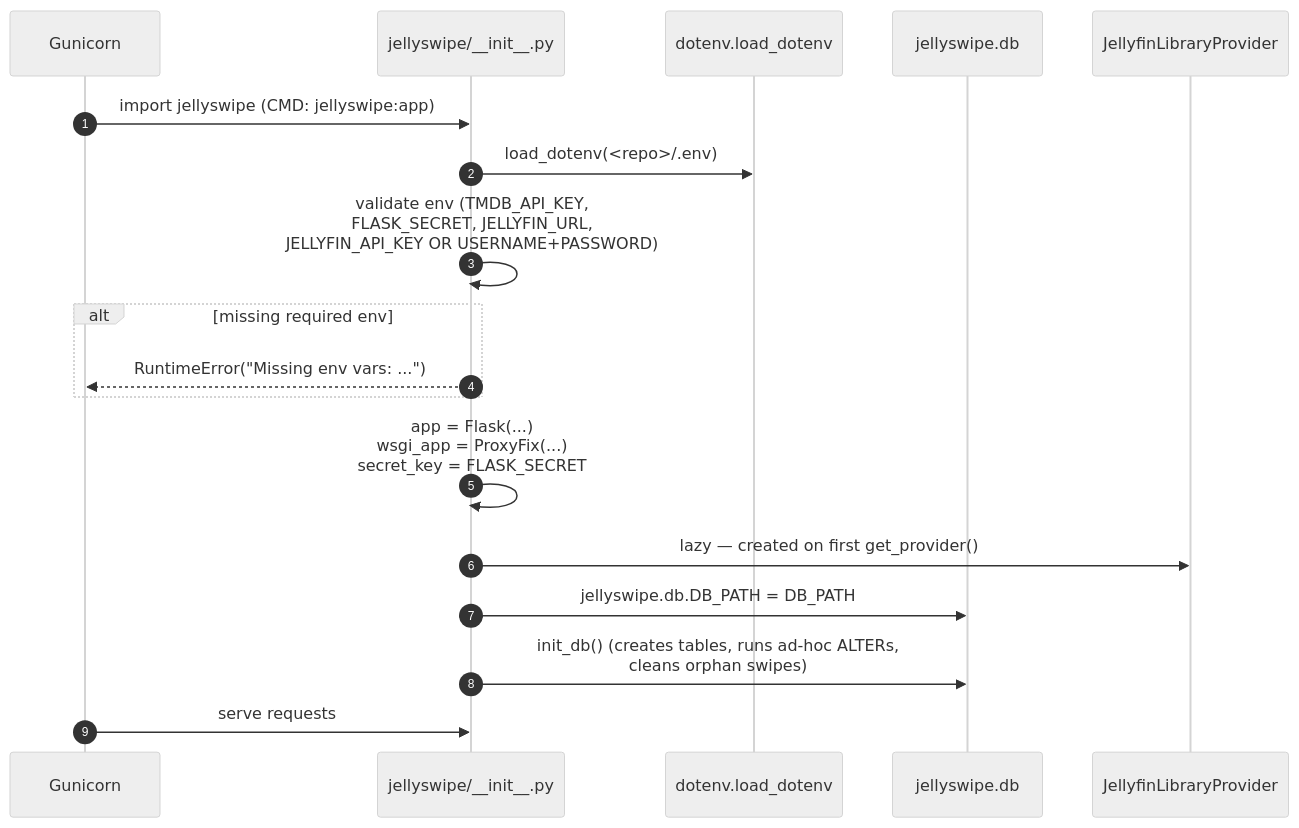
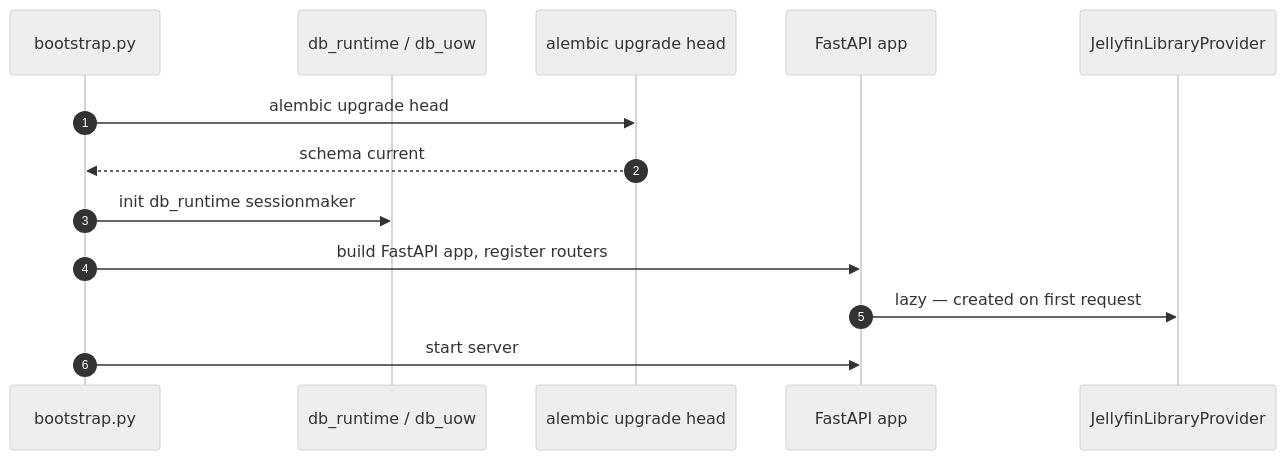
Before and after one commit to andrewthetechie/jelly-swipe: the third of 13 diagrams in ARCHITECTURE.md, drawn with Mermaid (neutral theme). The commit also changed other lines of this file and 14 other files, not shown here.

````diff
--- a/ARCHITECTURE.md
+++ b/ARCHITECTURE.md
@@ -99,21 +95,16 @@
 ```mermaid
 sequenceDiagram
     autonumber
-    participant Gunicorn
-    participant InitPy as jellyswipe/__init__.py
-    participant DotEnv as dotenv.load_dotenv
-    participant DB as jellyswipe.db
+    participant Bootstrap as bootstrap.py
+    participant Runtime as db_runtime / db_uow
+    participant Alembic as alembic upgrade head
+    participant App as FastAPI app
     participant Provider as JellyfinLibraryProvider
 
-    Gunicorn->>InitPy: import jellyswipe (CMD: jellyswipe:app)
-    InitPy->>DotEnv: load_dotenv(<repo>/.env)
-    InitPy->>InitPy: validate env (TMDB_API_KEY,<br/>FLASK_SECRET, JELLYFIN_URL,<br/>JELLYFIN_API_KEY OR USERNAME+PASSWORD)
-    alt missing required env
-        InitPy-->>Gunicorn: RuntimeError("Missing env vars: ...")
-    end
-    InitPy->>InitPy: app = Flask(...)<br/>wsgi_app = ProxyFix(...)<br/>secret_key = FLASK_SECRET
-    InitPy->>Provider: lazy — created on first get_provider()
-    InitPy->>DB: jellyswipe.db.DB_PATH = DB_PATH
-    InitPy->>DB: init_db() (creates tables, runs ad-hoc ALTERs,<br/>cleans orphan swipes)
-    Gunicorn->>InitPy: serve requests
+    Bootstrap->>Alembic: alembic upgrade head
+    Alembic-->>Bootstrap: schema current
+    Bootstrap->>Runtime: init db_runtime sessionmaker
+    Bootstrap->>App: build FastAPI app, register routers
+    App->>Provider: lazy — created on first request
+    Bootstrap->>App: start server
 ```
````
